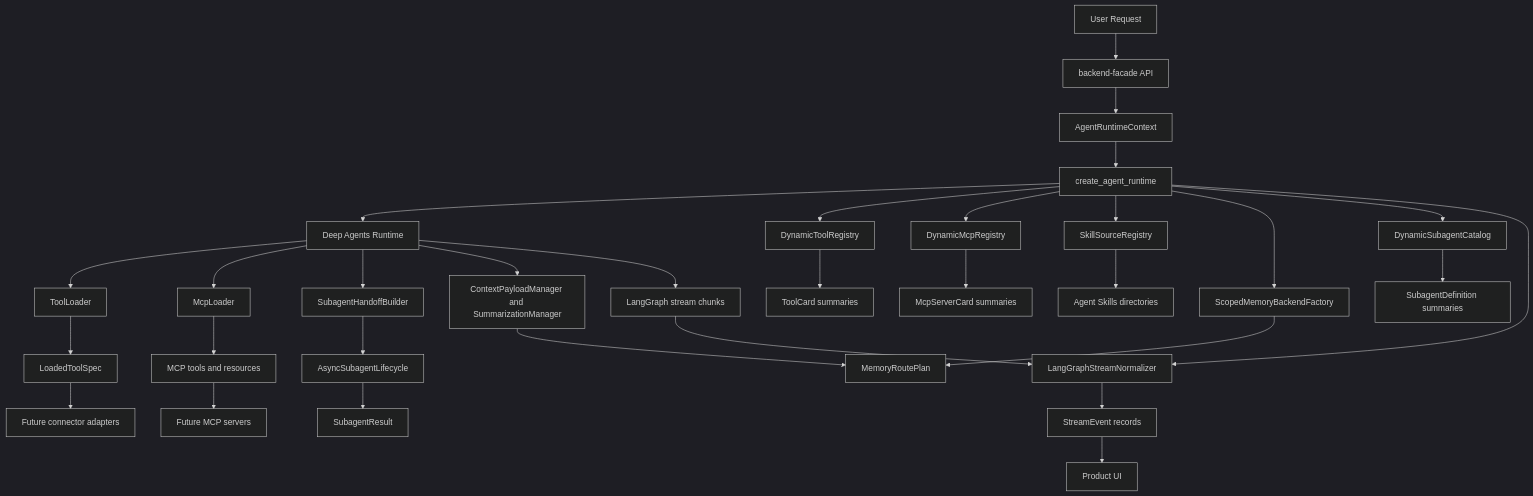
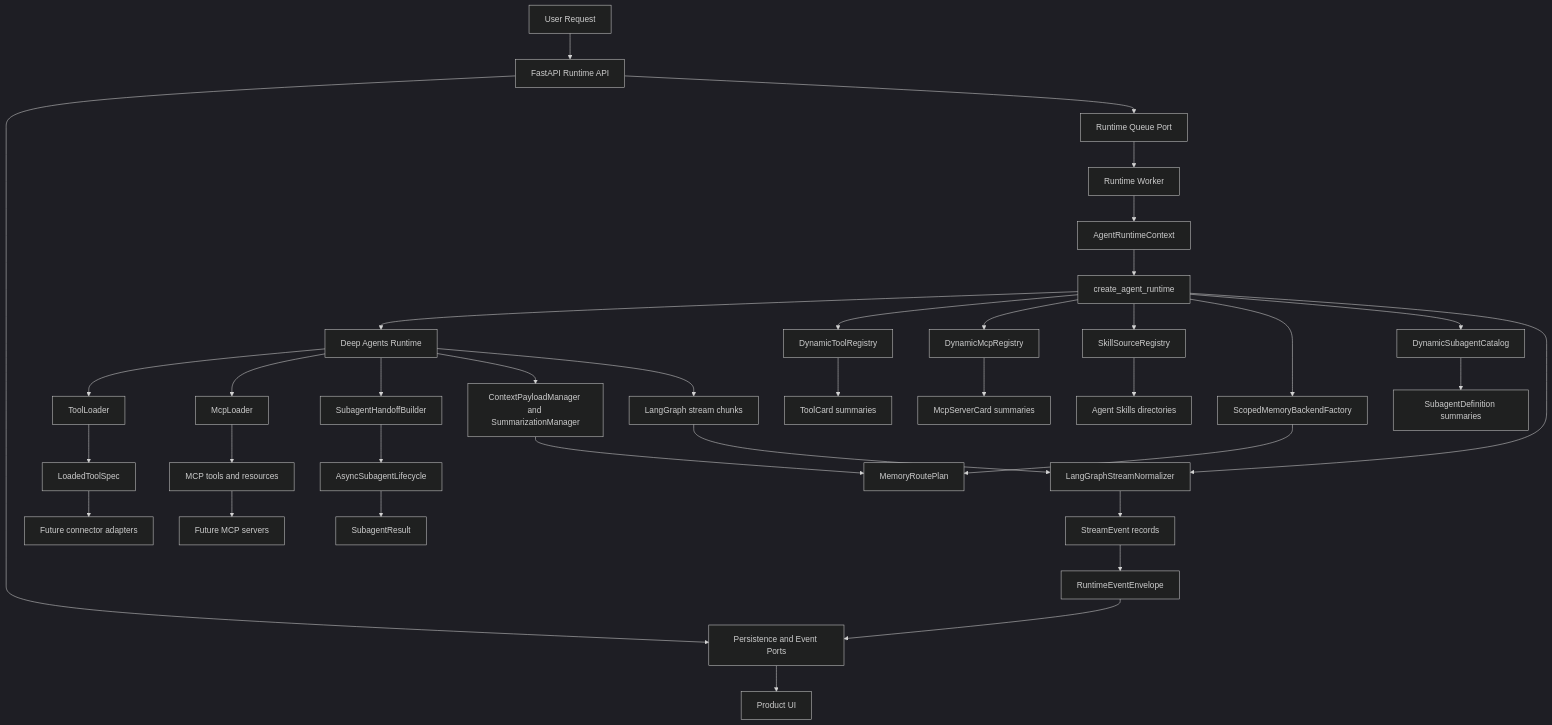
Before and after one commit to 0x-copilot-dev/0x-copilot: the diagram in services/ai-backend/docs/architecture/system-overview.md, drawn with Mermaid (dark theme). The commit also changed other lines of this file and 18 other files, not shown here.

First line of the commit message:
Update runtime API specs and acceptance coverage

````diff
--- a/services/ai-backend/docs/architecture/system-overview.md
+++ b/services/ai-backend/docs/architecture/system-overview.md
@@ -11,40 +11,45 @@
 ```mermaid
 flowchart TD
-  UserRequest[User Request] --> Facade[backend-facade API]
-  Facade --> RuntimeContext[AgentRuntimeContext]
+  UserRequest[User Request] --> RuntimeAPI[FastAPI Runtime API]
+  RuntimeAPI --> Persistence[Persistence and Event Ports]
+  RuntimeAPI --> Queue[Runtime Queue Port]
+  Queue --> Worker[Runtime Worker]
+  Worker --> RuntimeContext[AgentRuntimeContext]
   RuntimeContext --> RuntimeFactory[create_agent_runtime]
   RuntimeFactory --> DeepAgent[Deep Agents Runtime]
 
   RuntimeFactory --> ToolRegistry[DynamicToolRegistry]
   RuntimeFactory --> McpRegistry[DynamicMcpRegistry]
   RuntimeFactory --> SkillRegistry[SkillSourceRegistry]
   RuntimeFactory --> MemoryFactory[ScopedMemoryBackendFactory]
   RuntimeFactory --> SubagentCatalog[DynamicSubagentCatalog]
   RuntimeFactory --> StreamNormalizer[LangGraphStreamNormalizer]
 
   ToolRegistry --> ToolCards[ToolCard summaries]
   McpRegistry --> McpCards[McpServerCard summaries]
   SkillRegistry --> SkillDirs[Agent Skills directories]
   MemoryFactory --> MemoryRoutes[MemoryRoutePlan]
   SubagentCatalog --> SubagentDefs[SubagentDefinition summaries]
 
   DeepAgent --> ToolLoader[ToolLoader]
   ToolLoader --> LoadedToolSpec[LoadedToolSpec]
   LoadedToolSpec --> ConnectorAdapters[Future connector adapters]
 
   DeepAgent --> McpLoader[McpLoader]
   McpLoader --> McpDescriptors[MCP tools and resources]
   McpDescriptors --> McpServers[Future MCP servers]
 
   DeepAgent --> Handoff[SubagentHandoffBuilder]
   Handoff --> AsyncLifecycle[AsyncSubagentLifecycle]
   AsyncLifecycle --> SubagentResult[SubagentResult]
 
   DeepAgent --> ContextManagers[ContextPayloadManager and SummarizationManager]
   ContextManagers --> MemoryRoutes
 
   DeepAgent --> RawEvents[LangGraph stream chunks]
   RawEvents --> StreamNormalizer
   StreamNormalizer --> StreamEvents[StreamEvent records]
-  StreamEvents --> WorkSurfaceUI[Product UI]
+  StreamEvents --> EventEnvelope[RuntimeEventEnvelope]
+  EventEnvelope --> Persistence
+  Persistence --> WorkSurfaceUI[Product UI]
 ```
````
